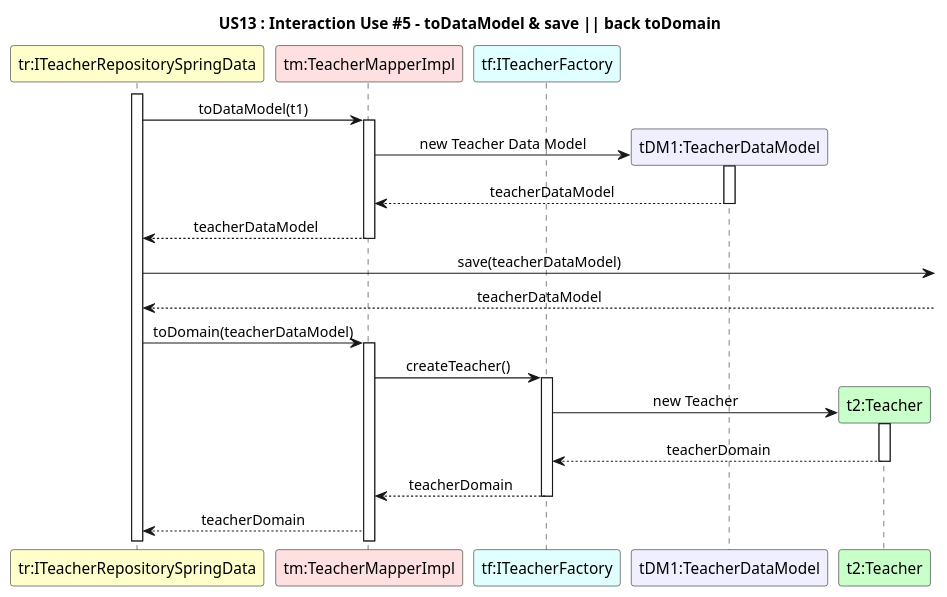
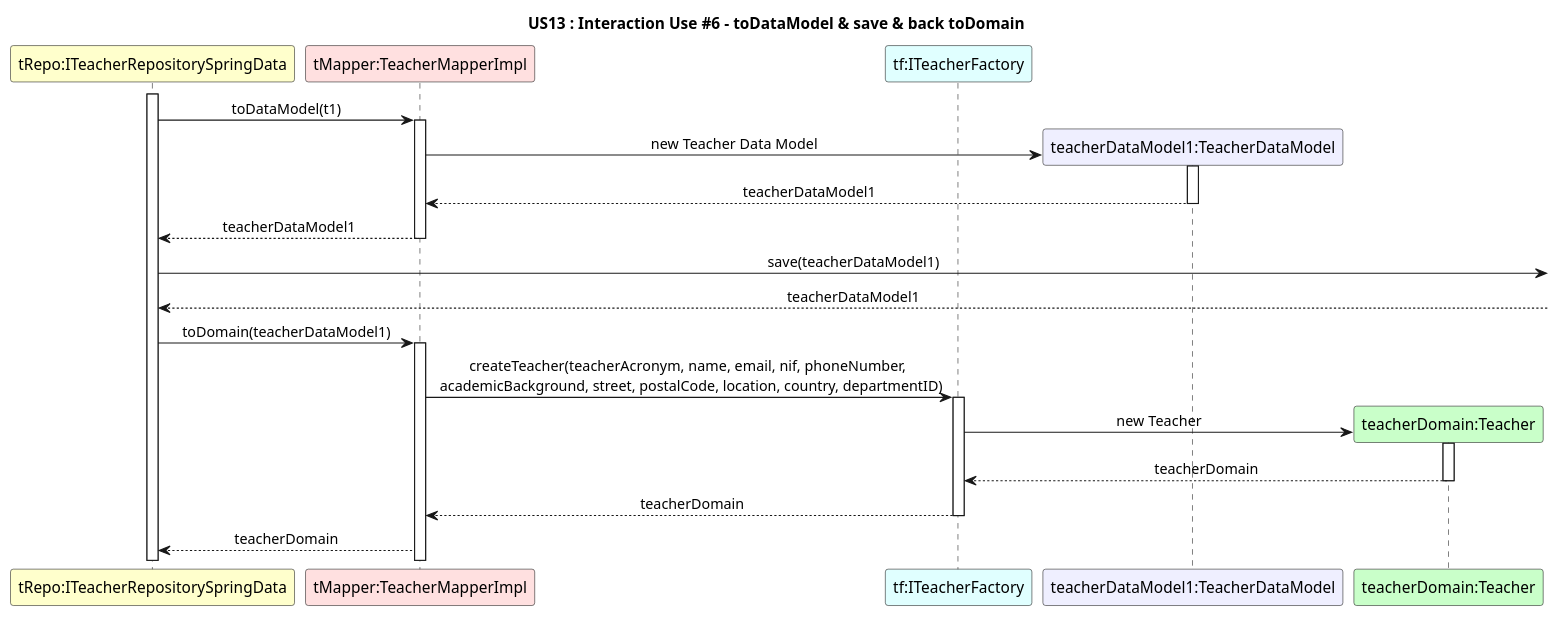
Before and after one commit to GasparISEP/DevOps-PAI: the diagram in docs/US13/Documentation_SpringData_JPA/US13_SD_Interaction_Use_#6.puml, drawn with PlantUML. The commit also changed 1 other file, not shown here.

Commit message:
Refs #266: Small changes to US13 persistence-version Sequence Diagram and Interaction Use 6

```diff
--- a/docs/US13/Documentation_SpringData_JPA/US13_SD_Interaction_Use_#6.puml
+++ b/docs/US13/Documentation_SpringData_JPA/US13_SD_Interaction_Use_#6.puml
@@ -1,40 +1,40 @@
 @startuml
 
-title US13 : Interaction Use #5 - toDataModel & save || back toDomain
+title US13 : Interaction Use #6 - toDataModel & save & back toDomain
 skinparam sequenceMessageAlign center
 
-participant "tr:ITeacherRepositorySpringData" as IteacherRepoJPA #business
-participant "tm:TeacherMapperImpl" as tMapper #implementation
+participant "tRepo:ITeacherRepositorySpringData" as IteacherRepoJPA #business
+participant "tMapper:TeacherMapperImpl" as tMapper #implementation
 participant "tf:ITeacherFactory" as teacherFactory #lightCyan
-participant "tDM1:TeacherDataModel" as teacherDM #motivation
-participant "t2:Teacher" as teacher #technology
+participant "teacherDataModel1:TeacherDataModel" as teacherDM #motivation
+participant "teacherDomain:Teacher" as teacher #technology
 
 
 activate IteacherRepoJPA
 IteacherRepoJPA -> tMapper : toDataModel(t1)
 activate tMapper
 
 tMapper -> teacherDM** : new Teacher Data Model
 activate teacherDM
-teacherDM --> tMapper : teacherDataModel
+teacherDM --> tMapper : teacherDataModel1
 deactivate teacherDM
 
-tMapper --> IteacherRepoJPA : teacherDataModel
+tMapper --> IteacherRepoJPA : teacherDataModel1
 deactivate tMapper
-IteacherRepoJPA ->  : save(teacherDataModel)
-IteacherRepoJPA <-- : teacherDataModel
+IteacherRepoJPA ->  : save(teacherDataModel1)
+IteacherRepoJPA <-- : teacherDataModel1
 
 
-IteacherRepoJPA -> tMapper : toDomain(teacherDataModel)
+IteacherRepoJPA -> tMapper : toDomain(teacherDataModel1)
 activate tMapper
-tMapper -> teacherFactory : createTeacher()
+tMapper -> teacherFactory : createTeacher(teacherAcronym, name, email, nif, phoneNumber, \n academicBackground, street, postalCode, location, country, departmentID)
 activate teacherFactory
 teacherFactory -> teacher** : new Teacher
 activate teacher
 teacher --> teacherFactory : teacherDomain
 deactivate teacher
 teacherFactory --> tMapper : teacherDomain
 deactivate teacherFactory
 tMapper --> IteacherRepoJPA : teacherDomain
 
 @enduml
```
